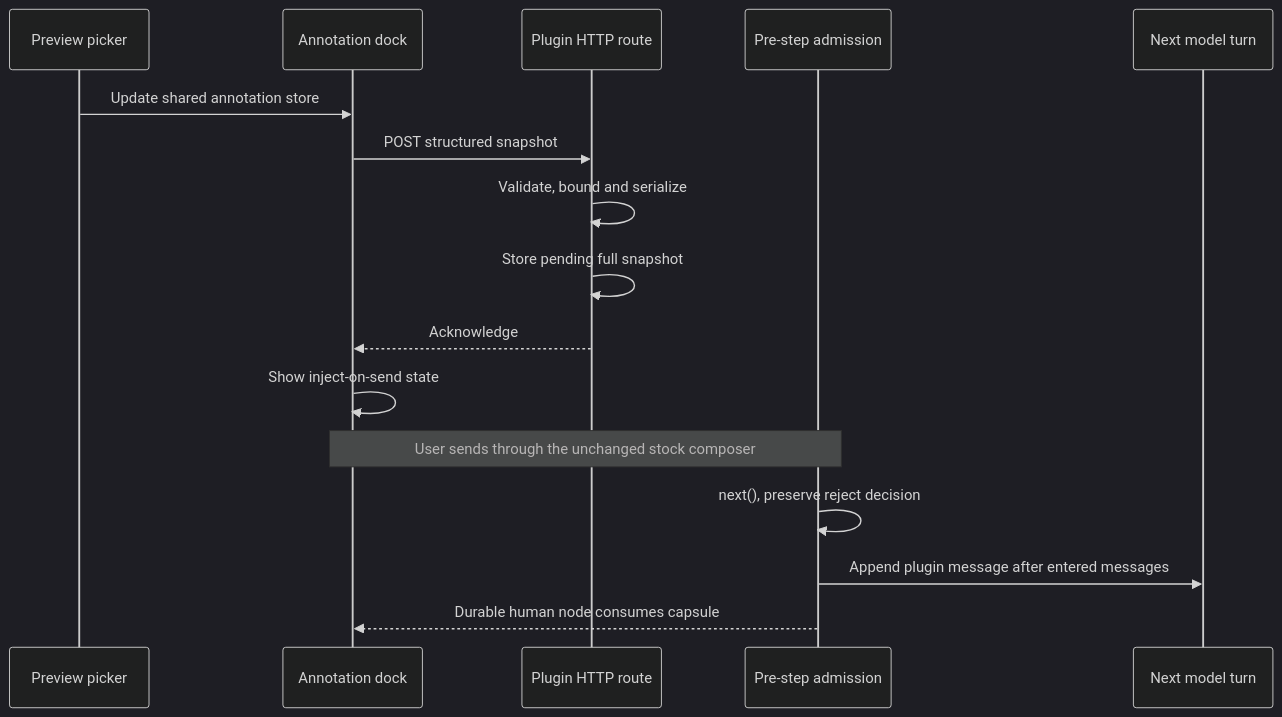
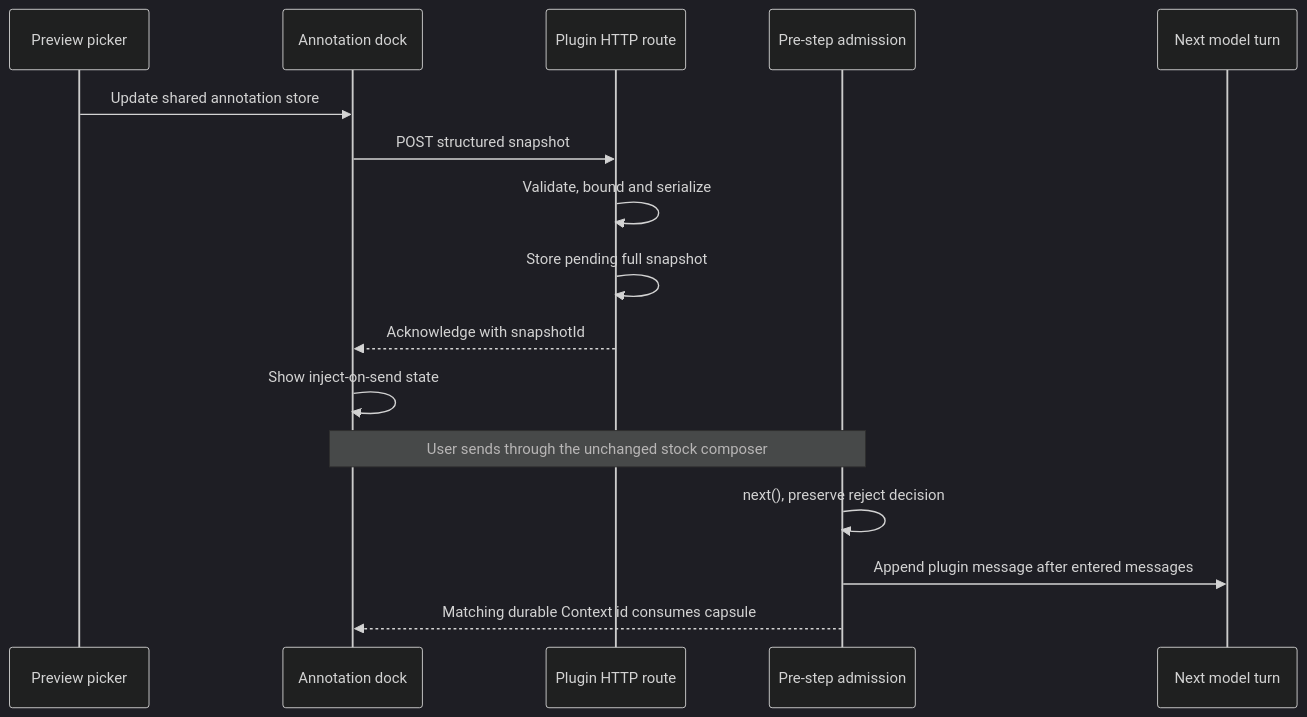
One commit to CanglongCl/dsh-web-review changed the diagram in docs/webview-ui-plan.md. Above: the diagram before and after it, drawn with Mermaid (dark theme). The commit also changed other lines of this file and 58 other files, not shown here.

````diff
--- a/docs/webview-ui-plan.md
+++ b/docs/webview-ui-plan.md
@@ -58,19 +58,19 @@
 ```mermaid
 sequenceDiagram
     participant Picker as Preview picker
     participant Dock as Annotation dock
     participant Route as Plugin HTTP route
     participant Admission as Pre-step admission
     participant Model as Next model turn
 
     Picker->>Dock: Update shared annotation store
     Dock->>Route: POST structured snapshot
     Route->>Route: Validate, bound and serialize
     Route->>Route: Store pending full snapshot
-    Route-->>Dock: Acknowledge
+    Route-->>Dock: Acknowledge with snapshotId
     Dock->>Dock: Show inject-on-send state
     Note over Dock,Admission: User sends through the unchanged stock composer
     Admission->>Admission: next(), preserve reject decision
     Admission->>Model: Append plugin message after entered messages
-    Admission-->>Dock: Durable human node consumes capsule
+    Admission-->>Dock: Matching durable Context id consumes capsule
 ```
````
